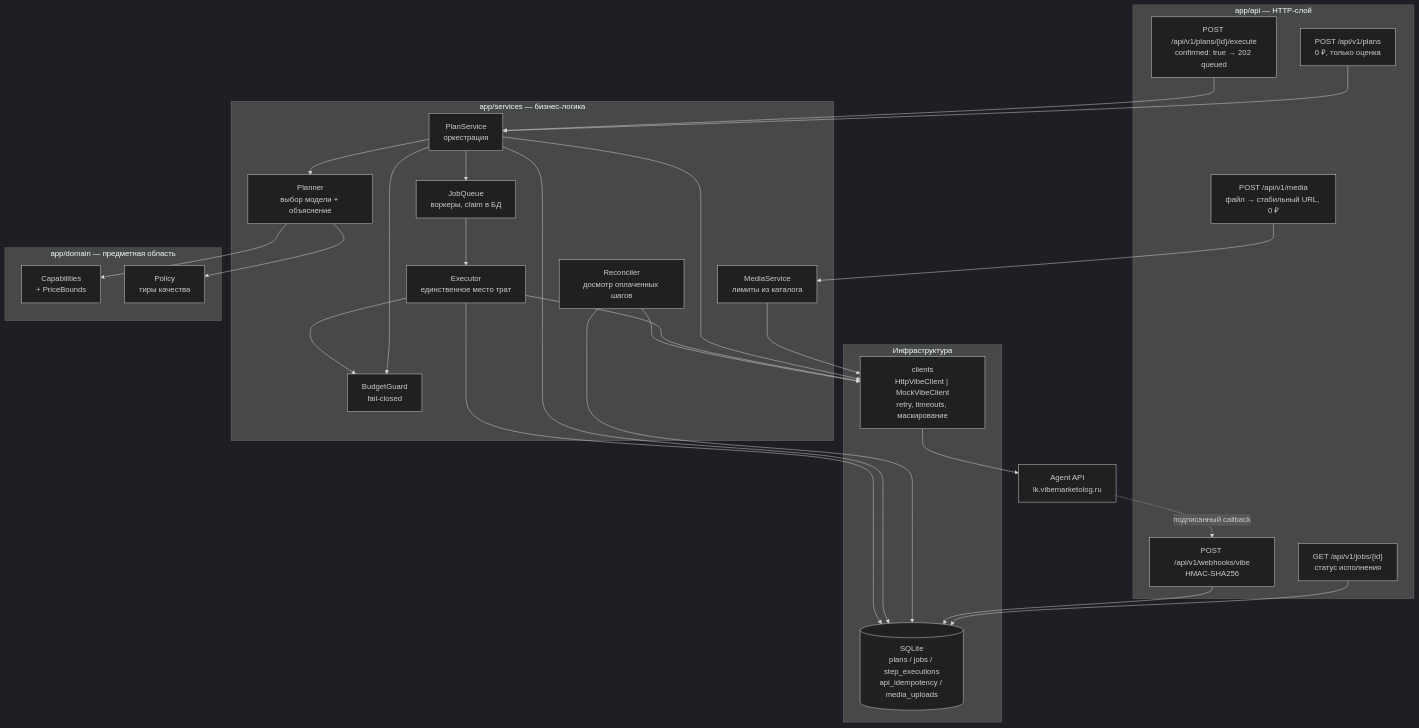
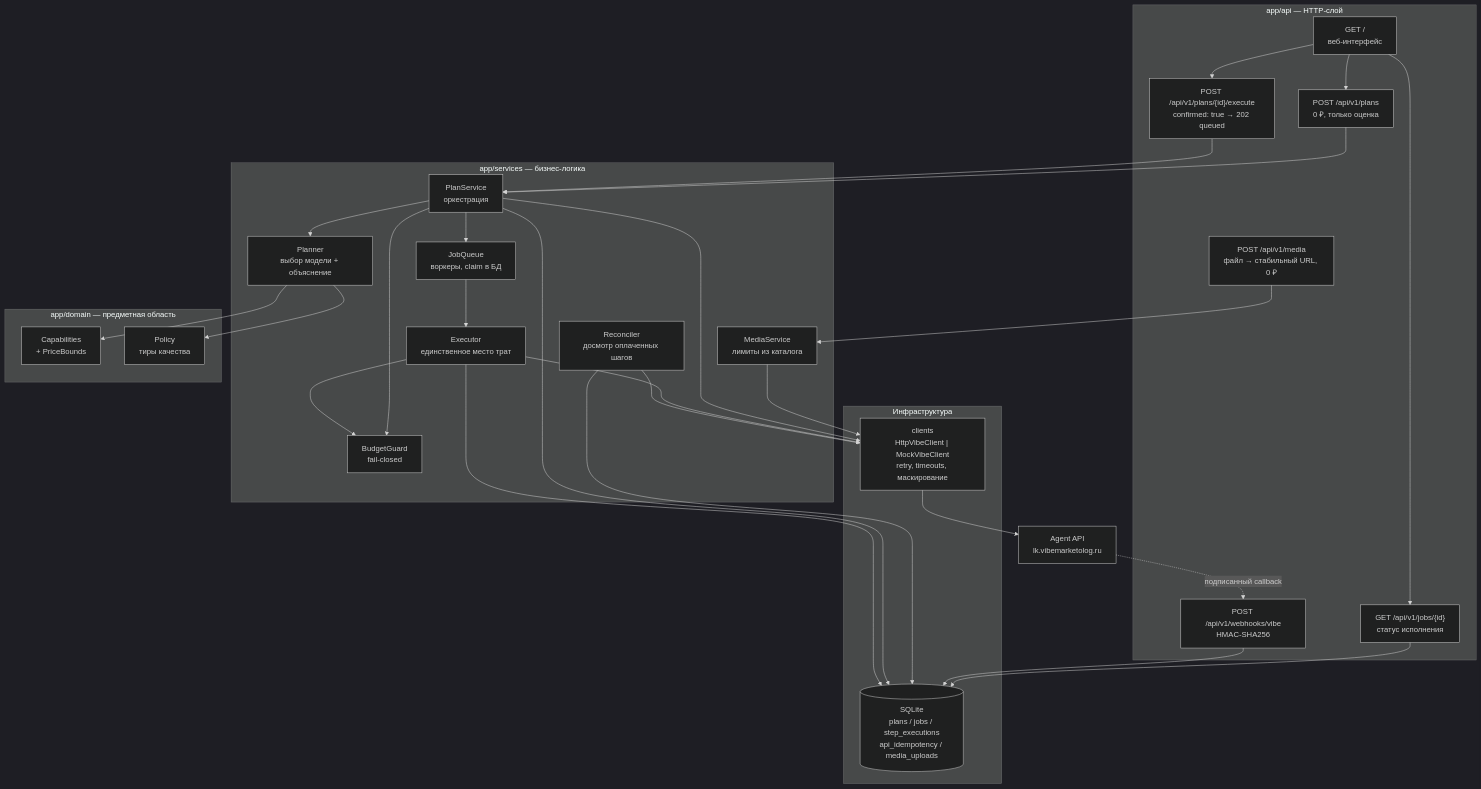
Before and after one commit to pargevk1996-a11y/agent_006: the diagram in README.md, drawn with Mermaid (dark theme). The commit also changed other lines of this file and 4 other files, not shown here.

````diff
--- a/README.md
+++ b/README.md
@@ -66,54 +81,58 @@
 ```mermaid
 flowchart TB
     subgraph API["app/api — HTTP-слой"]
+        UI["GET /<br/>веб-интерфейс"]
         P["POST /api/v1/plans<br/>0 ₽, только оценка"]
         E["POST /api/v1/plans/{id}/execute<br/>confirmed: true → 202 queued"]
         J["GET /api/v1/jobs/{id}<br/>статус исполнения"]
         M["POST /api/v1/media<br/>файл → стабильный URL, 0 ₽"]
         W["POST /api/v1/webhooks/vibe<br/>HMAC-SHA256"]
     end
 
     subgraph SVC["app/services — бизнес-логика"]
         PS["PlanService<br/>оркестрация"]
         MS["MediaService<br/>лимиты из каталога"]
         PL["Planner<br/>выбор модели + объяснение"]
         BG["BudgetGuard<br/>fail-closed"]
         Q["JobQueue<br/>воркеры, claim в БД"]
         EX["Executor<br/>единственное место трат"]
         RC["Reconciler<br/>досмотр оплаченных шагов"]
     end
 
     subgraph DOM["app/domain — предметная область"]
         CAP["Capabilities<br/>+ PriceBounds"]
         POL["Policy<br/>тиры качества"]
     end
 
     subgraph INF["Инфраструктура"]
         CL["clients<br/>HttpVibeClient | MockVibeClient<br/>retry, timeouts, маскирование"]
         DB[("SQLite<br/>plans / jobs / step_executions<br/>api_idempotency / media_uploads")]
     end
 
     VIBE["Agent API<br/>lk.vibemarketolog.ru"]
 
+    UI --> P
+    UI --> E
+    UI --> J
     P --> PS
     E --> PS
     M --> MS
     MS --> CL
     J --> DB
     W --> DB
     PS --> PL
     PL --> POL
     PL --> CAP
     PS --> BG
     PS --> Q
     Q --> EX
     EX --> BG
     PS --> CL
     EX --> CL
     RC --> CL
     RC --> DB
     CL --> VIBE
     PS --> DB
     EX --> DB
     VIBE -.->|подписанный callback| W
 ```
````
